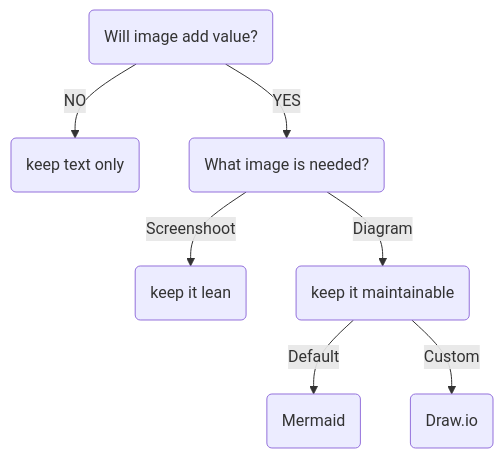
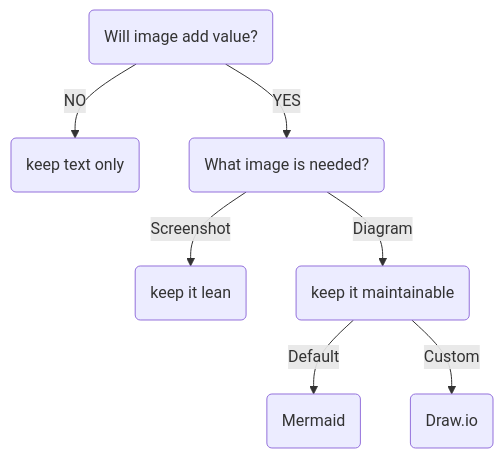
One commit to eth-cscs/cscs-docs changed the diagram in docs/contributing/index.md. Above: the diagram before and after it, drawn with Mermaid. The commit also changed other lines of this file, not shown here.

````diff
--- a/docs/contributing/index.md
+++ b/docs/contributing/index.md
@@ -170,10 +170,10 @@
         ```mermaid
         graph TD;
             Image(Will image add value?);
             Image--NO-->T(keep text only);
             Image--YES-->SD(What image is needed?)
-            SD--Screenshoot-->S(keep it lean)
+            SD--Screenshot-->S(keep it lean)
             SD--Diagram-->D(keep it maintainable)
             D--Default-->M(Mermaid)
             D--Custom-->DR(Draw.io)
         ```
````
